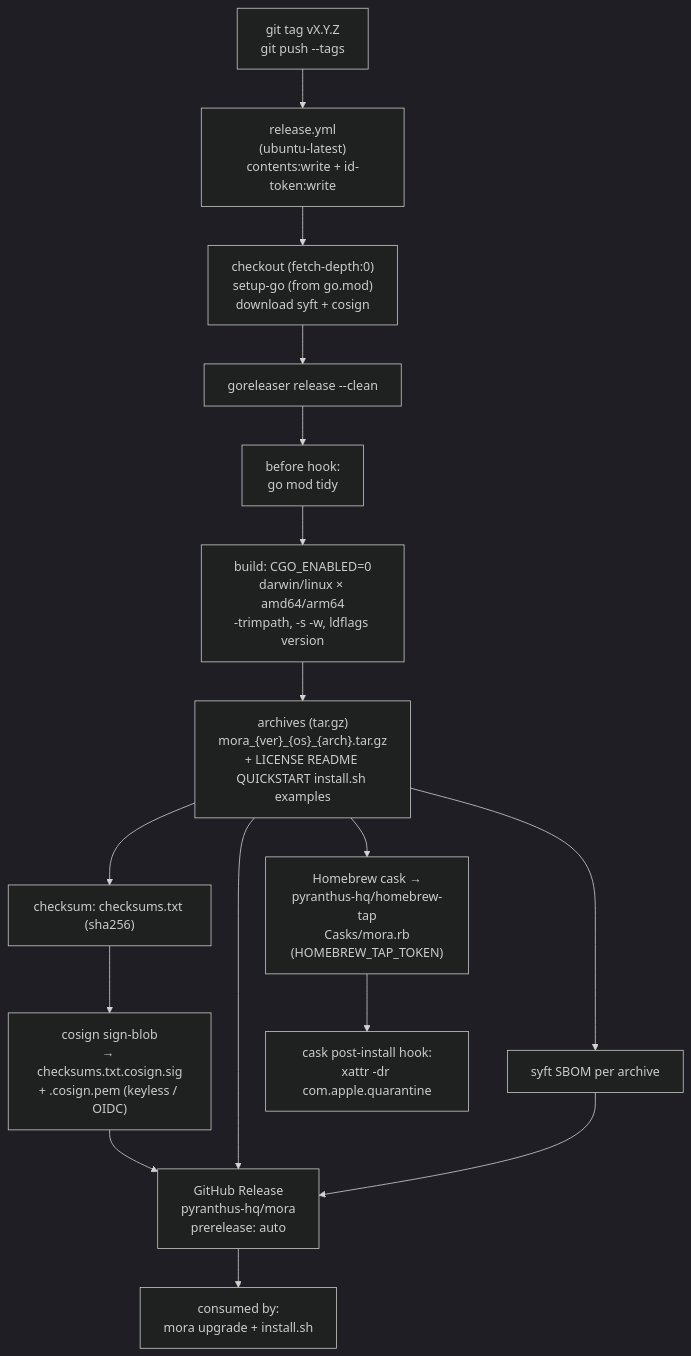
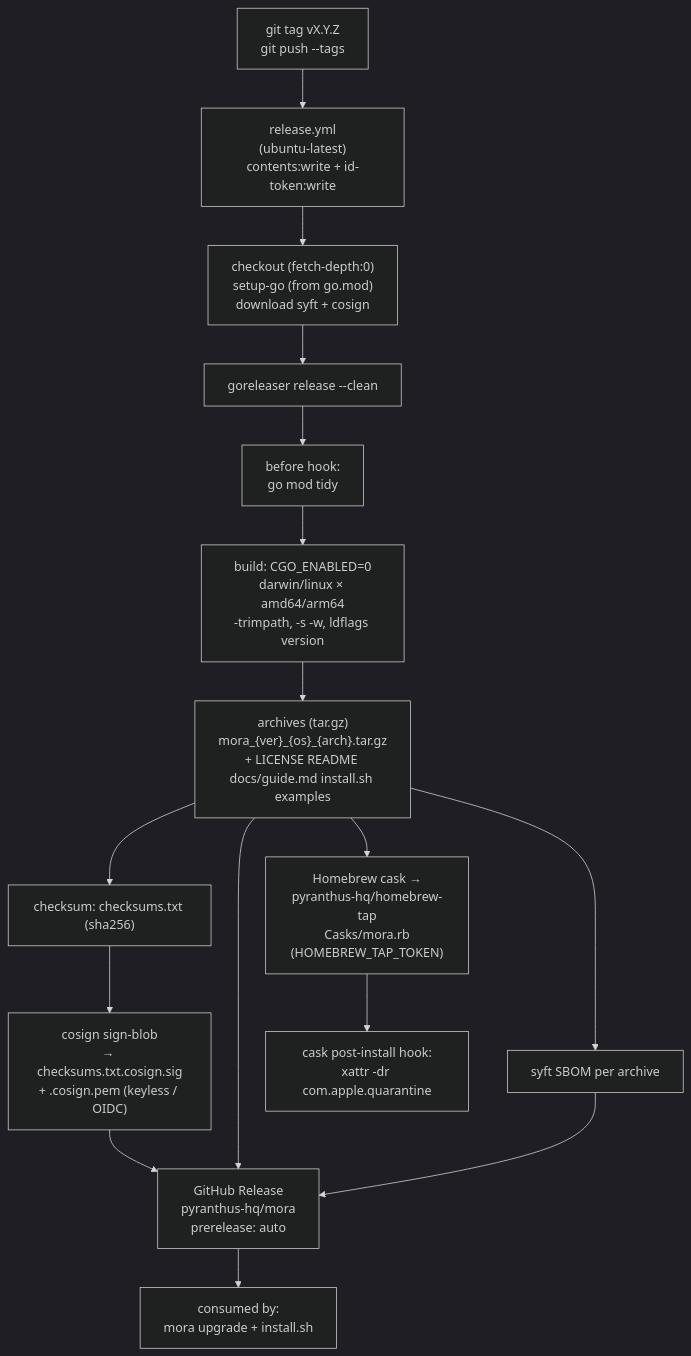
Before and after one commit to pyranthus-hq/mora: the first of 3 diagrams in docs/architecture/10-distribution-and-ops.md, drawn with Mermaid (dark theme). The commit also changed other lines of this file and 12 other files, not shown here.

First line of the commit message:
docs: collapse to README + one guide (+ architecture for contributors)

````diff
--- a/docs/architecture/10-distribution-and-ops.md
+++ b/docs/architecture/10-distribution-and-ops.md
@@ -51,21 +51,21 @@
 ```mermaid
 flowchart TD
     tag["git tag vX.Y.Z<br/>git push --tags"] --> wf["release.yml<br/>(ubuntu-latest)<br/>contents:write + id-token:write"]
     wf --> setup["checkout (fetch-depth:0)<br/>setup-go (from go.mod)<br/>download syft + cosign"]
     setup --> gr["goreleaser release --clean"]
 
     gr --> hooks["before hook:<br/>go mod tidy"]
     hooks --> build["build: CGO_ENABLED=0<br/>darwin/linux × amd64/arm64<br/>-trimpath, -s -w, ldflags version"]
-    build --> arch["archives (tar.gz)<br/>mora_{ver}_{os}_{arch}.tar.gz<br/>+ LICENSE README QUICKSTART install.sh examples"]
+    build --> arch["archives (tar.gz)<br/>mora_{ver}_{os}_{arch}.tar.gz<br/>+ LICENSE README docs/guide.md install.sh examples"]
     arch --> sum["checksum: checksums.txt (sha256)"]
     sum --> sign["cosign sign-blob<br/>→ checksums.txt.cosign.sig<br/>+ .cosign.pem (keyless / OIDC)"]
     arch --> sbom["syft SBOM per archive"]
 
     sign --> rel["GitHub Release<br/>pyranthus-hq/mora<br/>prerelease: auto"]
     arch --> rel
     sbom --> rel
     arch --> cask["Homebrew cask →<br/>pyranthus-hq/homebrew-tap<br/>Casks/mora.rb<br/>(HOMEBREW_TAP_TOKEN)"]
     cask --> quar["cask post-install hook:<br/>xattr -dr com.apple.quarantine"]
 
     rel --> upgrade["consumed by:<br/>mora upgrade + install.sh"]
 ```
````
